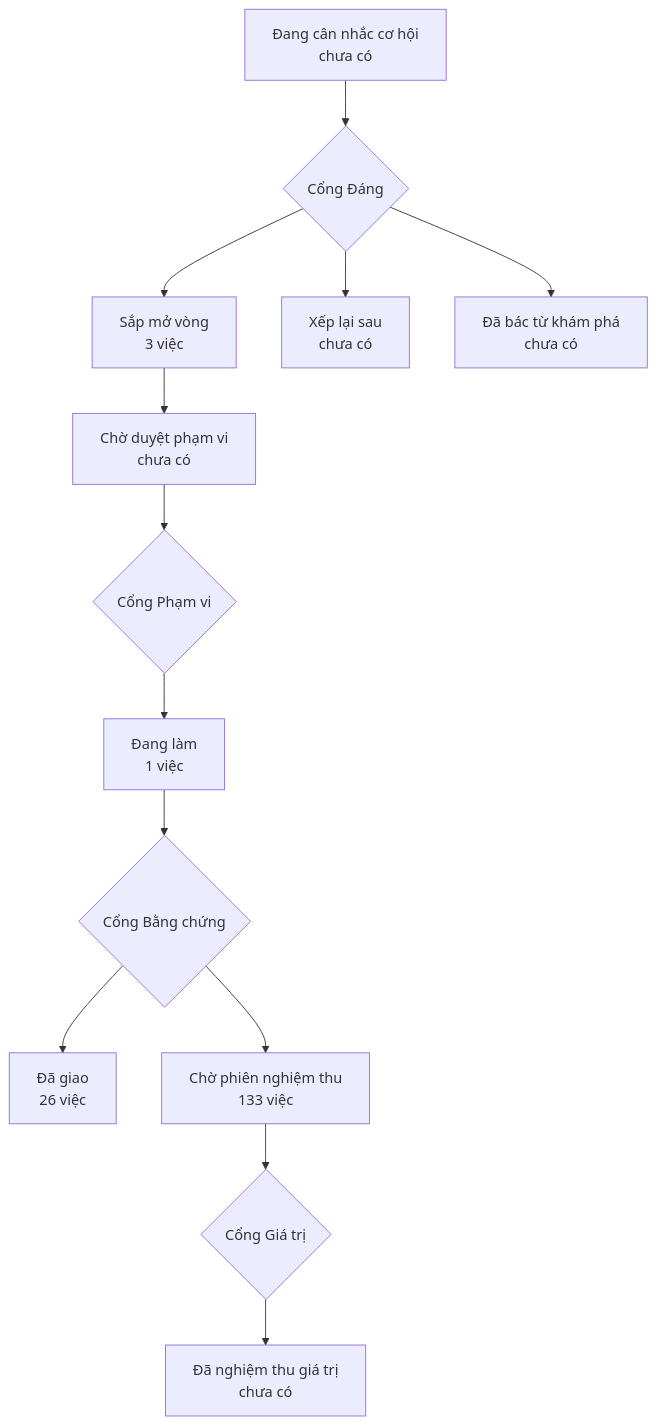
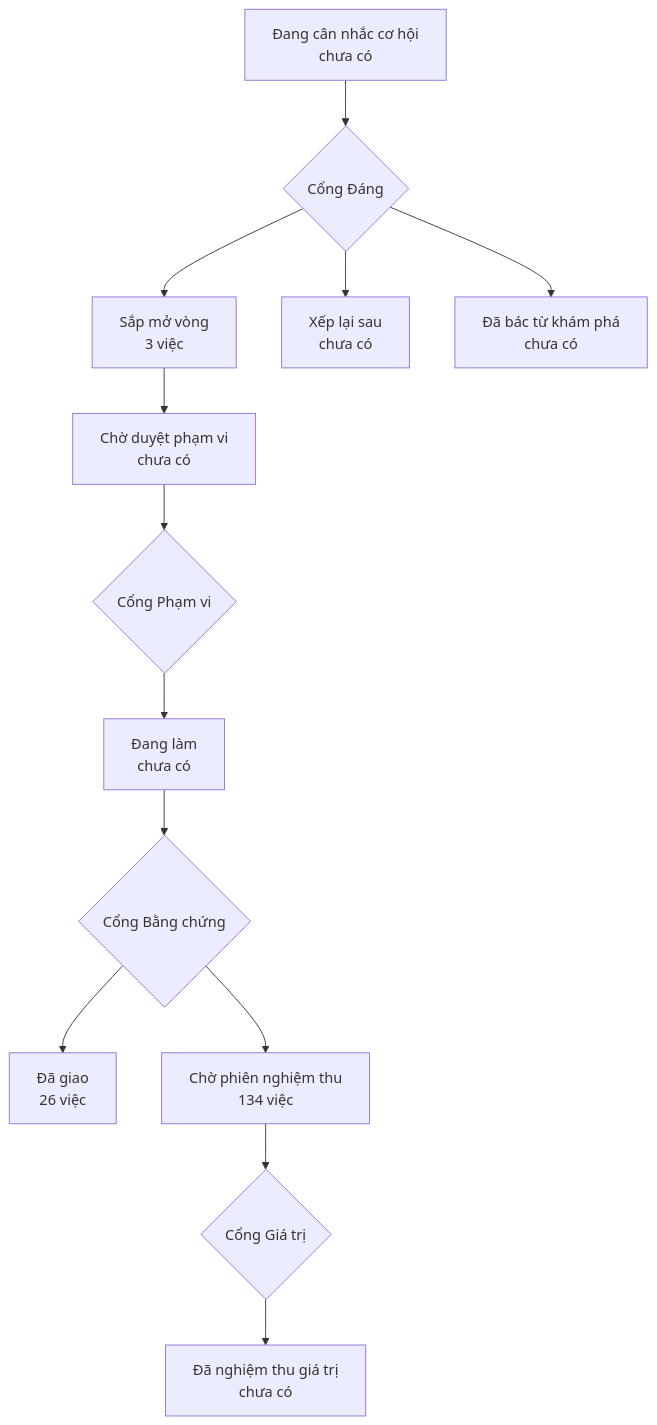
Before and after one commit to phanlemanh/onehub-quy-hang: the diagram in PRODUCT-MAP.md, drawn with Mermaid. The commit also changed other lines of this file and 13 other files, not shown here.

````diff
--- a/PRODUCT-MAP.md
+++ b/PRODUCT-MAP.md
@@ -7,12 +7,12 @@
 ```mermaid
 flowchart TD
   A["Đang cân nhắc cơ hội<br/>chưa có"] --> GD{"Cổng Đáng"}
   GD --> B["Sắp mở vòng<br/>3 việc"]
   GD --> XL["Xếp lại sau<br/>chưa có"]
   GD --> DB["Đã bác từ khám phá<br/>chưa có"]
   B --> CD["Chờ duyệt phạm vi<br/>chưa có"] --> GP{"Cổng Phạm vi"}
-  GP --> DL["Đang làm<br/>1 việc"] --> GB{"Cổng Bằng chứng"}
+  GP --> DL["Đang làm<br/>chưa có"] --> GB{"Cổng Bằng chứng"}
   GB --> DG["Đã giao<br/>26 việc"]
-  GB --> CN["Chờ phiên nghiệm thu<br/>133 việc"] --> GG{"Cổng Giá trị"}
+  GB --> CN["Chờ phiên nghiệm thu<br/>134 việc"] --> GG{"Cổng Giá trị"}
   GG --> NT["Đã nghiệm thu giá trị<br/>chưa có"]
 ```
````
